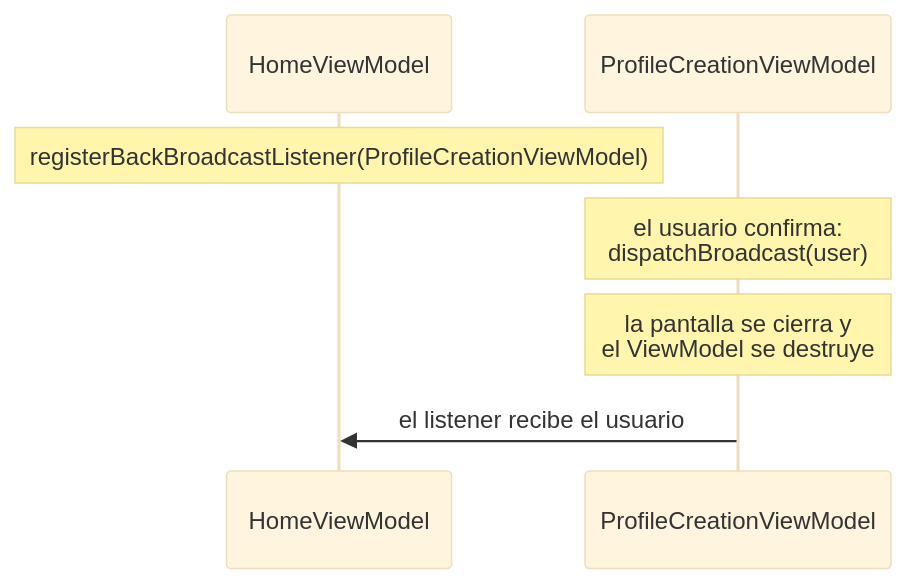
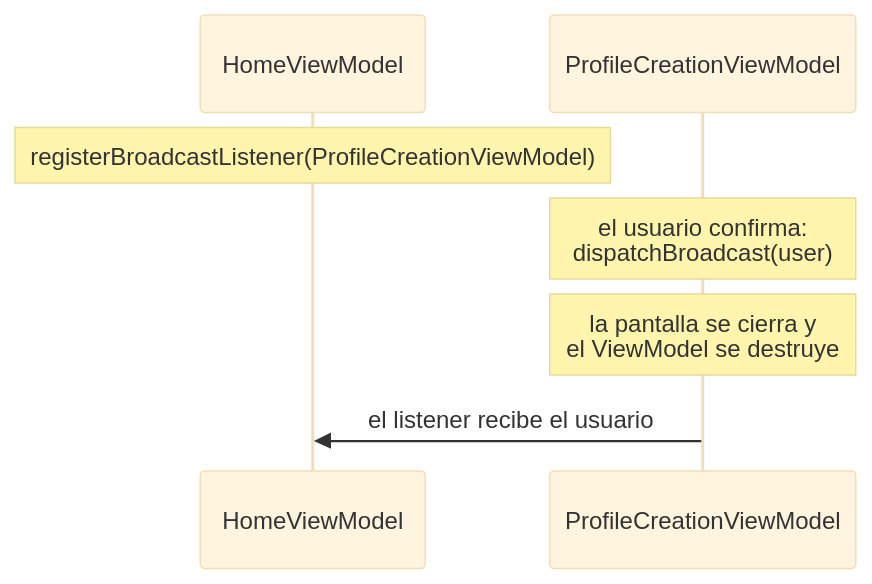
One commit to carmabs/Ema changed the diagram in docs/guides/results-between-screens.es.md. Above: the diagram before and after it, drawn with Mermaid (base theme). The commit also changed other lines of this file and 7 other files, not shown here.

Commit message:
Rename registerBackBroadcastListener to registerBroadcastListener

````diff
--- a/docs/guides/results-between-screens.es.md
+++ b/docs/guides/results-between-screens.es.md
@@ -6,9 +6,9 @@
 ```mermaid
 sequenceDiagram
     participant H as HomeViewModel
     participant P as ProfileCreationViewModel
-    Note over H: registerBackBroadcastListener(ProfileCreationViewModel)
+    Note over H: registerBroadcastListener(ProfileCreationViewModel)
     Note over P: el usuario confirma:<br/>dispatchBroadcast(user)
     Note over P: la pantalla se cierra y<br/>el ViewModel se destruye
     P->>H: el listener recibe el usuario
 ```
````
